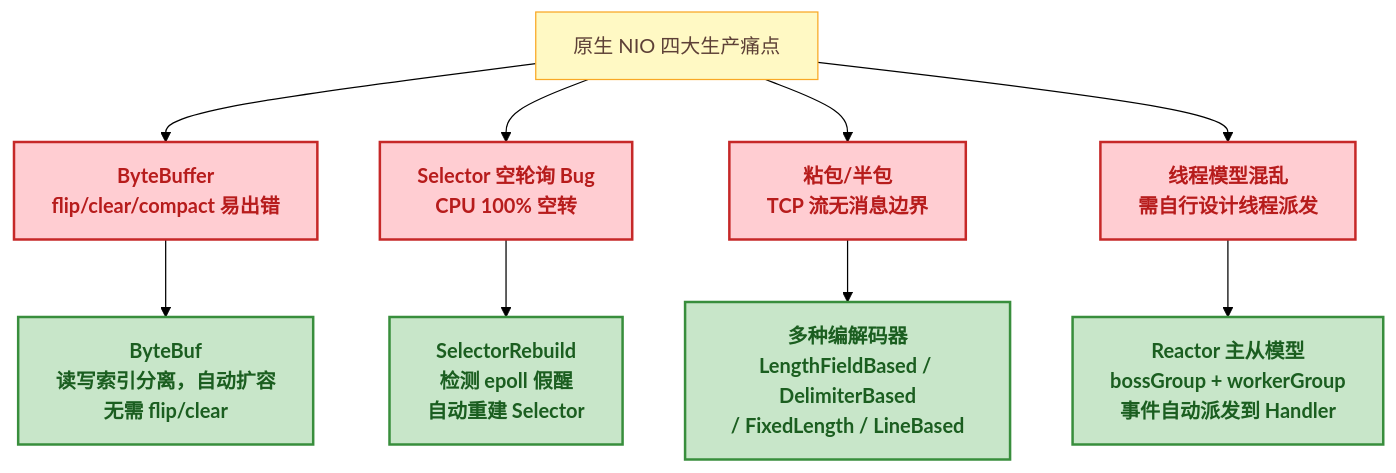
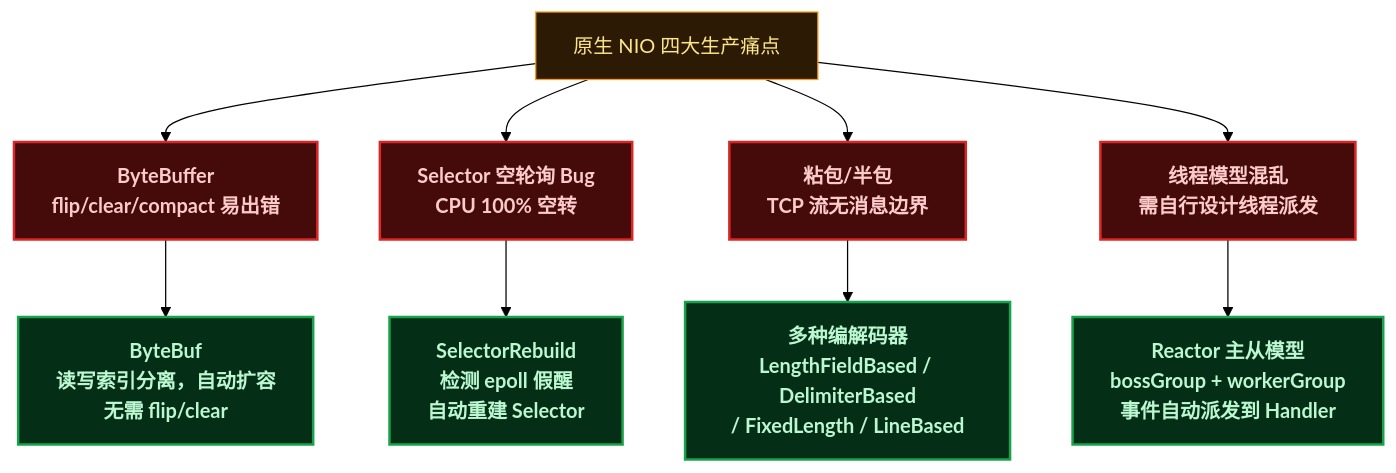
One commit to yaocat55/yaocat55.github.io changed the first of 6 diagrams in content/posts/io/Netty.md. Above: the diagram before and after it, drawn with Mermaid (forest theme). The commit also changed other lines of this file and 155 other files, not shown here.

````diff
--- a/content/posts/io/Netty.md
+++ b/content/posts/io/Netty.md
@@ -68,28 +68,28 @@
 ```mermaid
 flowchart TD
     %% ==========================================
     %% 样式定义
     %% ==========================================
-    classDef problem fill:#FFCDD2,stroke:#C62828,stroke-width:2px,color:#B71C1C,font-weight:bold;
-    classDef solution fill:#C8E6C9,stroke:#388E3C,stroke-width:2px,color:#1B5E20,font-weight:bold;
-    classDef desc fill:#FFF9C4,stroke:#F9A825,stroke-width:1px,color:#5D4037;
+classDef problem fill:#450a0a,stroke:#dc2626,stroke-width:2px,color:#fecaca,font-weight:bold;
+classDef solution fill:#052e16,stroke:#16a34a,stroke-width:2px,color:#bbf7d0,font-weight:bold;
+classDef desc fill:#2d1a05,stroke:#f59e0b,stroke-width:1px,color:#fde68a;
 
     %% ==========================================
     %% 原生 NIO 四大痛点 → Netty 解决方案
     %% ==========================================
     ROOT["原生 NIO 四大生产痛点"]
 
     ROOT --> P1["ByteBuffer\nflip/clear/compact 易出错"]
     ROOT --> P2["Selector 空轮询 Bug\nCPU 100% 空转"]
     ROOT --> P3["粘包/半包\nTCP 流无消息边界"]
     ROOT --> P4["线程模型混乱\n需自行设计线程派发"]
 
     P1 --> S1["ByteBuf\n读写索引分离，自动扩容\n无需 flip/clear"]
     P2 --> S2["SelectorRebuild\n检测 epoll 假醒\n自动重建 Selector"]
     P3 --> S3["多种编解码器\nLengthFieldBased / DelimiterBased\n/ FixedLength / LineBased"]
     P4 --> S4["Reactor 主从模型\nbossGroup + workerGroup\n事件自动派发到 Handler"]
 
     class P1,P2,P3,P4 problem;
     class S1,S2,S3,S4 solution;
     class ROOT desc;
 ```
````
